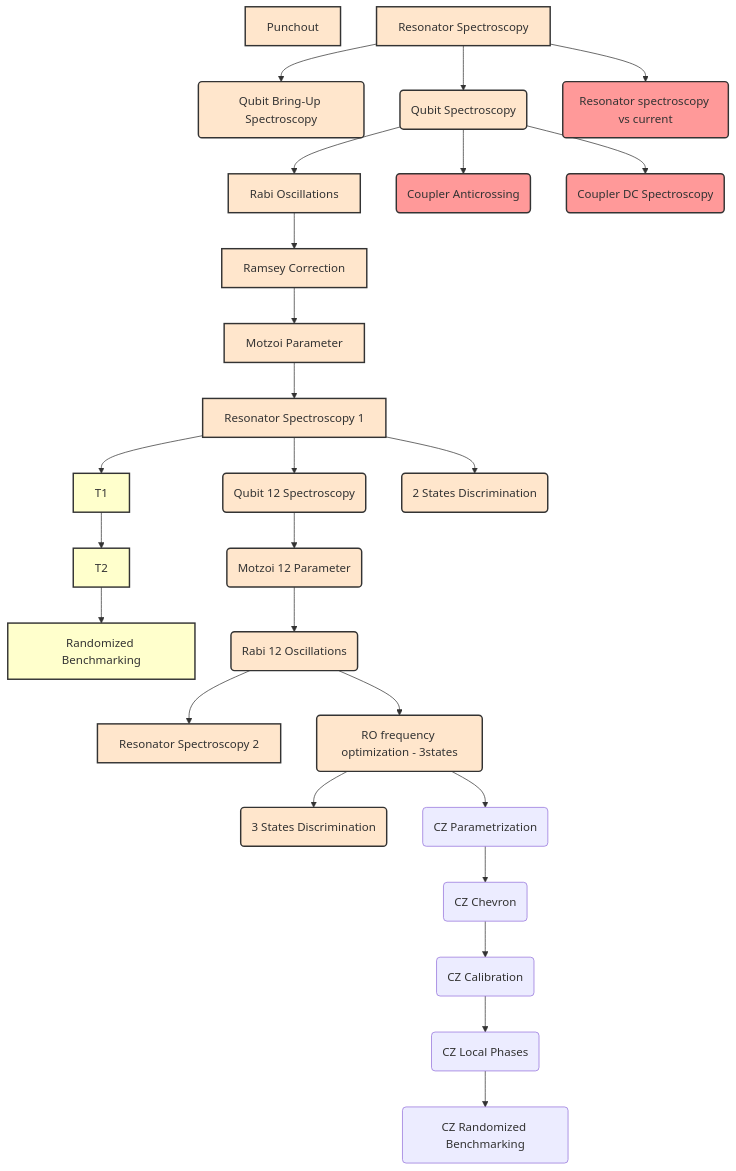
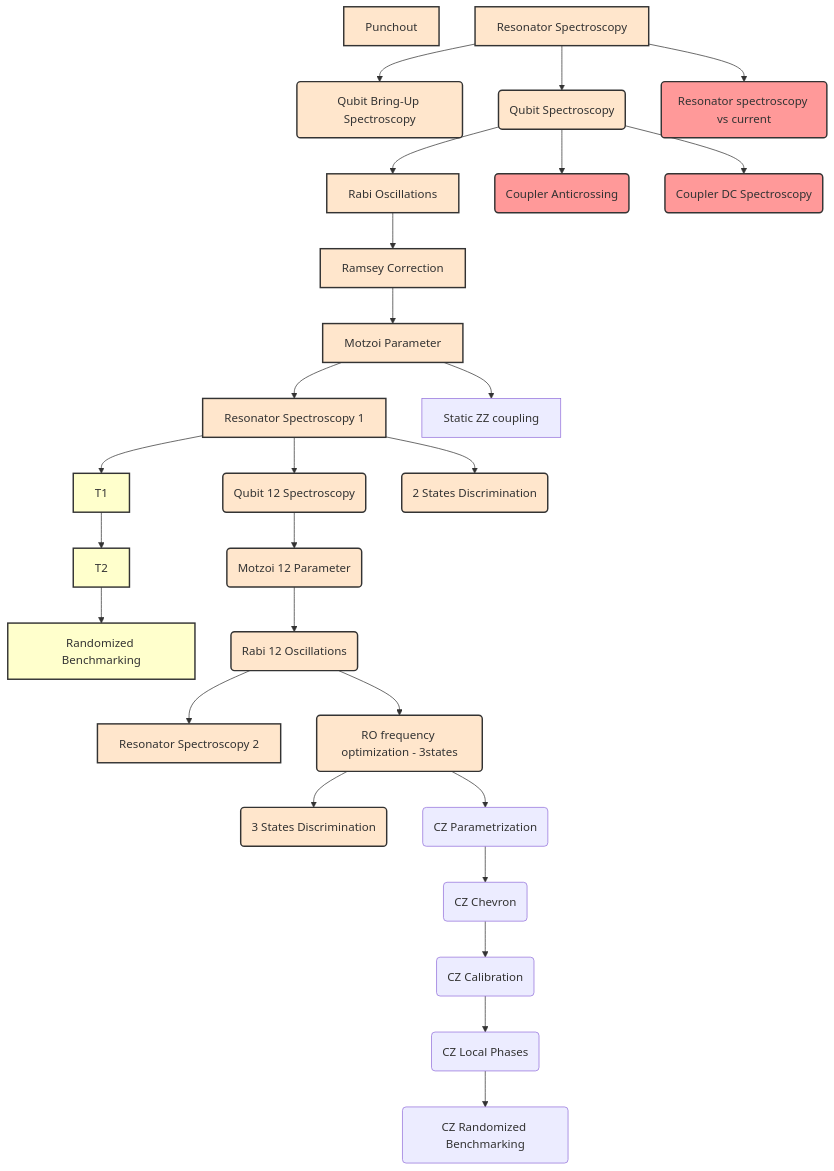
The diagram in docs/node-library/available_nodes.md (tergite/tergite-autocalibration), drawn with Mermaid before and after one commit. The commit also changed other lines of this file and 11 other files, not shown here.

````diff
--- a/docs/node-library/available_nodes.md
+++ b/docs/node-library/available_nodes.md
@@ -3,58 +3,59 @@
 ``` mermaid
 graph TD
     A1[Punchout]
     A[Resonator Spectroscopy]
     A --> B1(Qubit Bring-Up Spectroscopy)
     A --> B(Qubit Spectroscopy)
     B --> C[Rabi Oscillations]
     C --> D[Ramsey Correction]
     D --> E[Motzoi Parameter]
     E --> F[Resonator Spectroscopy 1]
+    E --> J3[Static ZZ coupling]
     F --> C1[T1] --> C2[T2] --> C3[Randomized Benchmarking]
     F --> F1(Qubit 12 Spectroscopy) --> G(Motzoi 12 Parameter)--> G1(Rabi 12 Oscillations) --> G2[Resonator Spectroscopy 2]
     F --> H1(2 States Discrimination)
     G1 --> H2(RO frequency optimization - 3states) --> H3(3 States Discrimination)
     A --> I(Resonator spectroscopy vs current)
     B --> J1(Coupler Anticrossing)
     B --> J2(Coupler DC Spectroscopy)
     H2 --> K(CZ Parametrization) --> K1(CZ Chevron) --> K2(CZ Calibration) --> K3(CZ Local Phases)
     K3 --> L(CZ Randomized Benchmarking)
     
     click A href "../nodes/resonator_spectroscopy_node"
     click F href "../nodes/resonator_spectroscopy_node"
     click G1 href "../nodes/resonator_spectroscopy_node"
     click A1 href "../nodes/punchout_node"
     click B href "../nodes/qubit_spectroscopy_node"
     click F1 href "../nodes/qubit_spectroscopy_node"
     click C href "../nodes/rabi_oscillations_node"
     click C3 href "../nodes/randomized_benchmarking_node"
     click I href "../nodes/resonator_spectroscopy_vs_current_node"
     click J1 href "../nodes/qubit_spectroscopy_vs_current_node"
     click K href "../nodes/cz_parametrization"
     click K1 href "../nodes/cz_chevron"
     click K2 href "../nodes/cz_calibration"
     click K3 href "../nodes/cz_local_phases"
     click L href "../nodes/cz_rb_node"
     
     style A fill:#ffe6cc,stroke:#333,stroke-width:2px
     style A1 fill:#ffe6cc,stroke:#333,stroke-width:2px
     style B fill:#ffe6cc,stroke:#333,stroke-width:2px
     style B1 fill:#ffe6cc,stroke:#333,stroke-width:2px
     style C fill:#ffe6cc,stroke:#333,stroke-width:2px
     style D fill:#ffe6cc,stroke:#333,stroke-width:2px
     style E fill:#ffe6cc,stroke:#333,stroke-width:2px
     style F fill:#ffe6cc,stroke:#333,stroke-width:2px
     style C1 fill:#ffffcc,stroke:#333,stroke-width:2px
     style C2 fill:#ffffcc,stroke:#333,stroke-width:2px
     style C3 fill:#ffffcc,stroke:#333,stroke-width:2px
     style F1 fill:#ffe6cc,stroke:#333,stroke-width:2px
     style G fill:#ffe6cc,stroke:#333,stroke-width:2px
     style G1 fill:#ffe6cc,stroke:#333,stroke-width:2px
     style G2 fill:#ffe6cc,stroke:#333,stroke-width:2px
     style H1 fill:#ffe6cc,stroke:#333,stroke-width:2px
     style H2 fill:#ffe6cc,stroke:#333,stroke-width:2px
     style H3 fill:#ffe6cc,stroke:#333,stroke-width:2px
     style I fill:#ff9999,stroke:#333,stroke-width:2px
     style J1 fill:#ff9999,stroke:#333,stroke-width:2px
     style J2 fill:#ff9999,stroke:#333,stroke-width:2px
 ```
````
